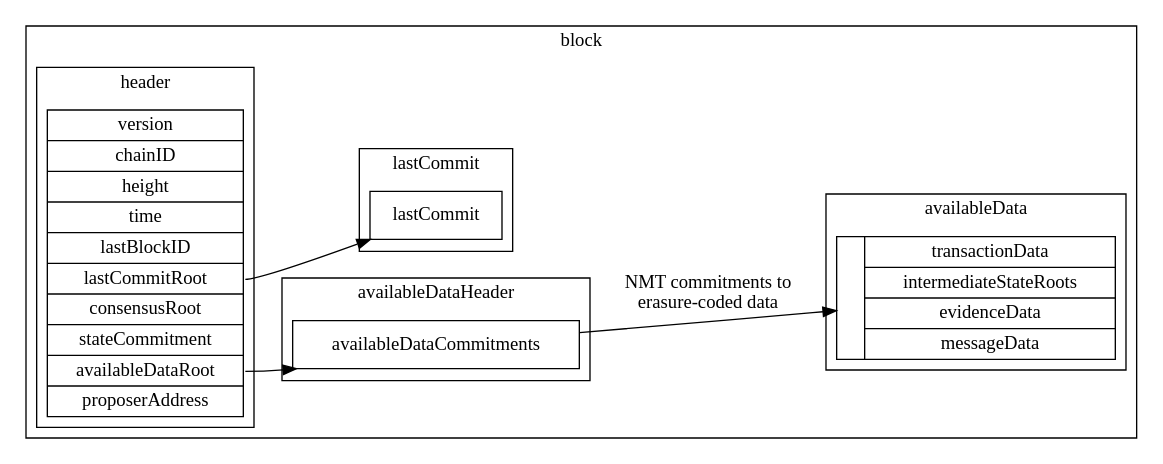
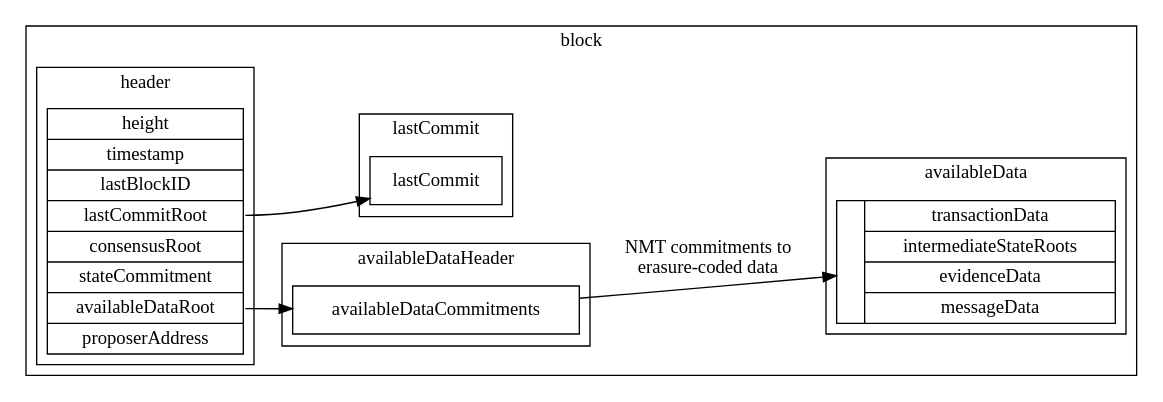
Before and after one commit to celestiaorg/celestia-specs: the diagram in specs/figures/block_data_structures.dot, drawn with Graphviz. The commit also changed 1 other file, not shown here.

Commit message:
Fix data structures overview figure.

```diff
--- a/specs/figures/block_data_structures.dot
+++ b/specs/figures/block_data_structures.dot
@@ -1,36 +1,36 @@
 digraph G {
     rankdir = "LR";
     node [shape = record];
 
     subgraph cluster_block {
         label = "block";
 
         subgraph cluster_availableheader {
             label = "availableDataHeader";
             struct4 [label = "{<f0> availableDataCommitments}"];
         }
 
         subgraph cluster_body {
             label = "availableData";
             struct3 [label = "{ | { transactionData | intermediateStateRoots | evidenceData | messageData } }"];
         }
 
         subgraph cluster_lastcommit {
             label = "lastCommit";
             struct2 [label = "{lastCommit}"];
         }
 
         subgraph cluster_header {
             label = "header";
-            struct1 [label = "version | chainID | height | time | lastBlockID | <f5> lastCommitRoot | consensusRoot | stateCommitment | <f8> availableDataRoot | proposerAddress"];
+            struct1 [label = "height | timestamp | lastBlockID | <f3> lastCommitRoot | consensusRoot | stateCommitment | <f6> availableDataRoot | proposerAddress"];
         }
     }
 
-    struct1:f5 -> struct2;
-    struct1:f8 -> struct4;
+    struct1:f3 -> struct2;
+    struct1:f6 -> struct4;
     struct4:f0 -> struct3 [label = "NMT commitments to\nerasure-coded data"];
 
     edge [style = invis];
     struct1 -> struct3;
     struct1 -> struct4;
 }
```
